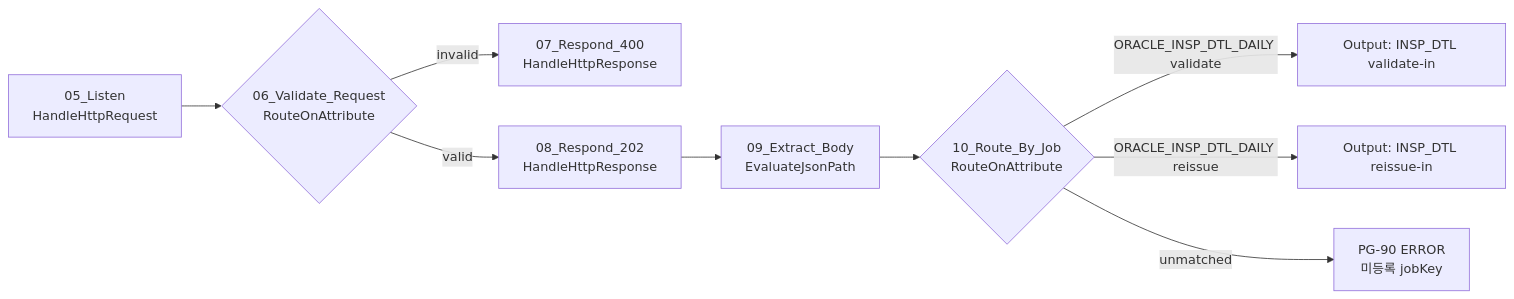
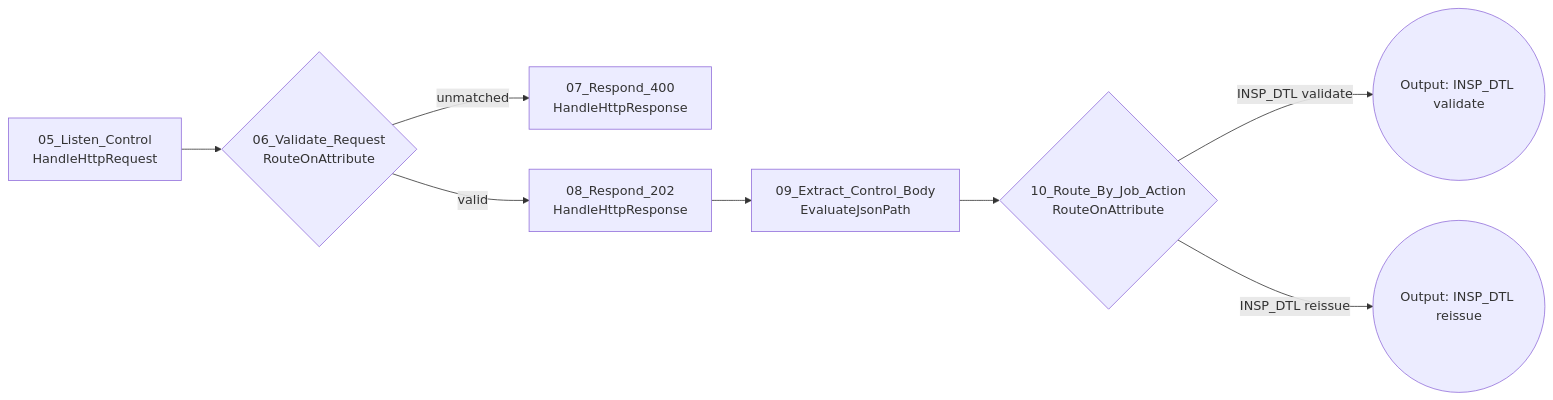
One commit to DataDynamics/nifi-sqoop-removal changed the eighth of 13 diagrams in nifi-sqoop-removal-guide.md. Above: the diagram before and after it, drawn with Mermaid. The commit also changed other lines of this file and 2 other files, not shown here.

First line of the commit message:
가이드를 V3 구조로 반영: Job PG 아래 자식 PG와 Port, Processor 축소 규칙

````diff
--- a/nifi-sqoop-removal-guide.md
+++ b/nifi-sqoop-removal-guide.md
@@ -1206,11 +1244,10 @@
 ```mermaid
 flowchart LR
-    L[05_Listen<br/>HandleHttpRequest] --> V{06_Validate_Request<br/>RouteOnAttribute}
-    V -->|invalid| R4[07_Respond_400<br/>HandleHttpResponse]
+    L[05_Listen_Control<br/>HandleHttpRequest] --> V{06_Validate_Request<br/>RouteOnAttribute}
+    V -->|unmatched| R4[07_Respond_400<br/>HandleHttpResponse]
     V -->|valid| R2[08_Respond_202<br/>HandleHttpResponse]
-    R2 --> J[09_Extract_Body<br/>EvaluateJsonPath]
-    J --> RT{10_Route_By_Job<br/>RouteOnAttribute}
-    RT -->|ORACLE_INSP_DTL_DAILY validate| P1[Output: INSP_DTL validate-in]
-    RT -->|ORACLE_INSP_DTL_DAILY reissue| P2[Output: INSP_DTL reissue-in]
-    RT -->|unmatched| E[PG-90 ERROR<br/>미등록 jobKey]
+    R2 --> J[09_Extract_Control_Body<br/>EvaluateJsonPath]
+    J --> RT{10_Route_By_Job_Action<br/>RouteOnAttribute}
+    RT -->|INSP_DTL validate| P1((Output: INSP_DTL validate))
+    RT -->|INSP_DTL reissue| P2((Output: INSP_DTL reissue))
 ```
````
